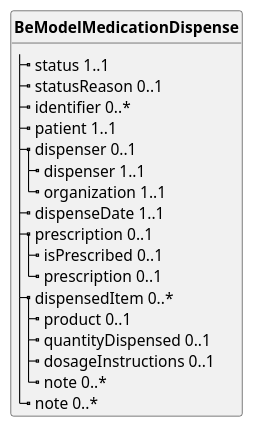
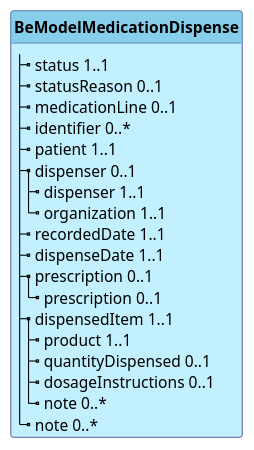
One commit to hl7-be/medication changed the diagram in input/images-source/BeModelMedicationDispense.plantuml. Above: the diagram before and after it, drawn with PlantUML. The commit also changed other lines of this file and 5 other files, not shown here.

Commit message:
update diagrams

```diff
--- a/input/images-source/BeModelMedicationDispense.plantuml
+++ b/input/images-source/BeModelMedicationDispense.plantuml
@@ -1,32 +1,32 @@
 @startuml
 skinparam linetype polyline
 hide circle
 hide stereotype
 
-
-skinparam classBeModelM {
+skinparam class {
  BorderColor #505090
  BackgroundColor APPLICATION
  HeaderBackgroundColor SkyBlue
 }
 
 class "**BeModelMedicationDispense**" as BeModelMedicationDispense {
   |_ status 1..1   
   |_ statusReason 0..1   
+  |_ medicationLine 0..1   
   |_ identifier 0..*   
   |_ patient 1..1   
   |_ dispenser 0..1   
     |_ dispenser 1..1   
     |_ organization 1..1   
+  |_ recordedDate 1..1   
   |_ dispenseDate 1..1   
   |_ prescription 0..1   
-    |_ isPrescribed 0..1   
     |_ prescription 0..1   
-  |_ dispensedItem 0..*   
-    |_ product 0..1   
+  |_ dispensedItem 1..1   
+    |_ product 1..1   
     |_ quantityDispensed 0..1   
     |_ dosageInstructions 0..1   
     |_ note 0..*   
   |_ note 0..*   
 }
 @enduml
```
